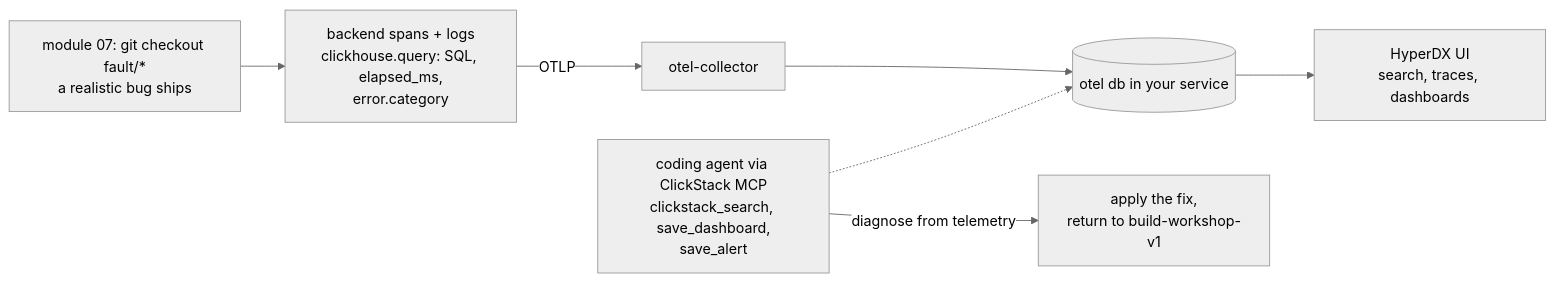
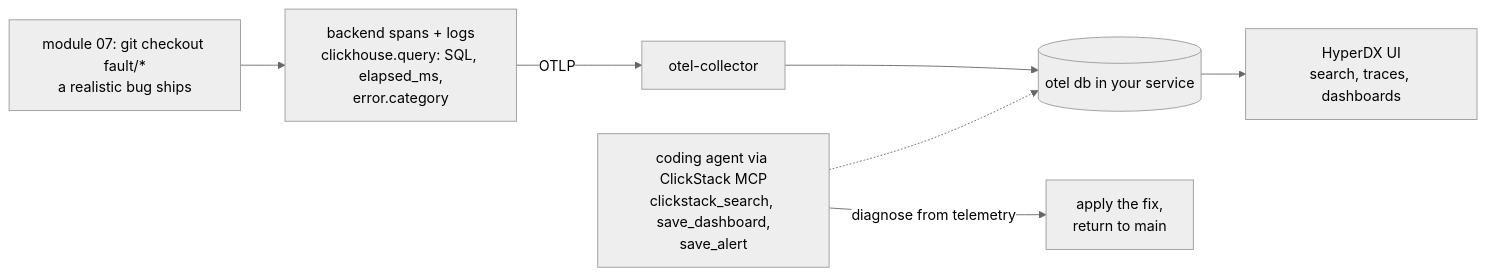
Before and after one commit to ClickHouse/ClickHouse_Demos: the fourth of 4 diagrams in workshops/build_workshop/README.md, drawn with Mermaid (neutral theme). The commit also changed other lines of this file and 36 other files, not shown here.

````diff
--- a/workshops/build_workshop/README.md
+++ b/workshops/build_workshop/README.md
@@ -107,9 +107,9 @@
 ```mermaid
 flowchart LR
   APP["backend spans + logs<br/>clickhouse.query: SQL, elapsed_ms,<br/>error.category"] -->|OTLP| COL["otel-collector"]
   COL --> OTEL[("otel db in your service")]
   OTEL --> HDX2["HyperDX UI<br/>search, traces, dashboards"]
   SRE["coding agent via ClickStack MCP<br/>clickstack_search, save_dashboard,<br/>save_alert"] -.-> OTEL
   FAULT["module 07: git checkout fault/*<br/>a realistic bug ships"] --> APP
-  SRE -->|diagnose from telemetry| FIX["apply the fix,<br/>return to build-workshop-v1"]
+  SRE -->|diagnose from telemetry| FIX["apply the fix,<br/>return to main"]
 ```
````
